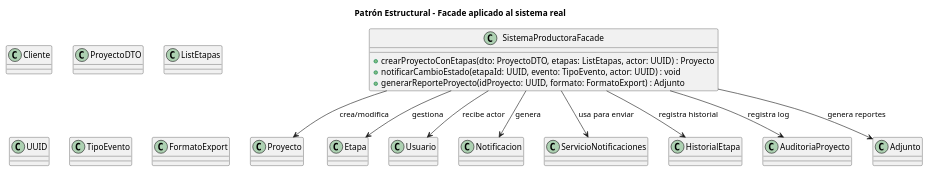
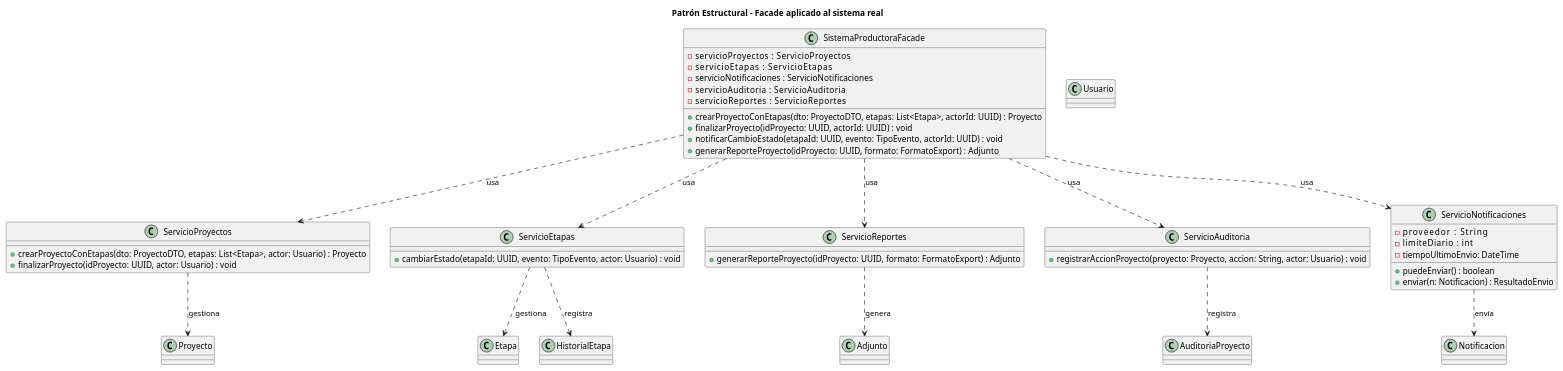
Before and after one commit to dantebiondi666-prog/SistemaProductoraVideos: the diagram in diagramas/01-diagrama-clases/01-patron-estructural-facade.puml, drawn with PlantUML. The commit also changed 1 other file, not shown here.

Commit message:
correcciones 01-patron-estructural-facade y changelog update

```diff
--- a/diagramas/01-diagrama-clases/01-patron-estructural-facade.puml
+++ b/diagramas/01-diagrama-clases/01-patron-estructural-facade.puml
@@ -1,39 +1,74 @@
-@startuml Facade
+@startuml Patron_Estructural_Facade
 title Patrón Estructural - Facade aplicado al sistema real
 
-' ========== NUEVA FACHADA ==========
+' ========== FACHADA ==========
+
 class SistemaProductoraFacade {
-  +crearProyectoConEtapas(dto: ProyectoDTO, etapas: ListEtapas, actor: UUID) : Proyecto
-  +notificarCambioEstado(etapaId: UUID, evento: TipoEvento, actor: UUID) : void
-  +generarReporteProyecto(idProyecto: UUID, formato: FormatoExport) : Adjunto
+  - servicioProyectos       : ServicioProyectos
+  - servicioEtapas          : ServicioEtapas
+  - servicioNotificaciones  : ServicioNotificaciones
+  - servicioAuditoria       : ServicioAuditoria
+  - servicioReportes        : ServicioReportes
+
+  + crearProyectoConEtapas(dto: ProyectoDTO, etapas: List<Etapa>, actorId: UUID) : Proyecto
+  + finalizarProyecto(idProyecto: UUID, actorId: UUID) : void
+  + notificarCambioEstado(etapaId: UUID, evento: TipoEvento, actorId: UUID) : void
+  + generarReporteProyecto(idProyecto: UUID, formato: FormatoExport) : Adjunto
 }
 
-' ========== CLASES EXISTENTES ==========
+' ========== SERVICIOS QUE LA FACHADA ENCAPSULA ==========
+
+class ServicioProyectos {
+  + crearProyectoConEtapas(dto: ProyectoDTO, etapas: List<Etapa>, actor: Usuario) : Proyecto
+  + finalizarProyecto(idProyecto: UUID, actor: Usuario) : void
+}
+
+class ServicioEtapas {
+  + cambiarEstado(etapaId: UUID, evento: TipoEvento, actor: Usuario) : void
+}
+
+class ServicioReportes {
+  + generarReporteProyecto(idProyecto: UUID, formato: FormatoExport) : Adjunto
+}
+
+class ServicioAuditoria {
+  + registrarAccionProyecto(proyecto: Proyecto, accion: String, actor: Usuario) : void
+}
+
+class ServicioNotificaciones {
+  - proveedor        : String
+  - limiteDiario     : int
+  - tiempoUltimoEnvio: DateTime
+
+  + puedeEnviar() : boolean
+  + enviar(n: Notificacion) : ResultadoEnvio
+}
+
+' ========== CLASES DE DOMINIO REUSADAS ==========
+
 class Proyecto
 class Etapa
 class Usuario
-class Cliente
 class Notificacion
-class ServicioNotificaciones
 class HistorialEtapa
 class AuditoriaProyecto
 class Adjunto
 
-' ========== TIPOS/AUXILIARES NECESARIOS ==========
-class ProyectoDTO
-class ListEtapas
-class UUID
-class TipoEvento
-class FormatoExport
+' ========== DEPENDENCIAS DE LA FACHADA ==========
 
-' ========== RELACIONES ==========
-SistemaProductoraFacade --> Proyecto : crea/modifica
-SistemaProductoraFacade --> Etapa : gestiona
-SistemaProductoraFacade --> Usuario : recibe actor
-SistemaProductoraFacade --> Notificacion : genera
-SistemaProductoraFacade --> ServicioNotificaciones : usa para enviar
-SistemaProductoraFacade --> AuditoriaProyecto : registra log
-SistemaProductoraFacade --> HistorialEtapa : registra historial
-SistemaProductoraFacade --> Adjunto : genera reportes
+SistemaProductoraFacade ..> ServicioProyectos       : usa
+SistemaProductoraFacade ..> ServicioEtapas          : usa
+SistemaProductoraFacade ..> ServicioNotificaciones  : usa
+SistemaProductoraFacade ..> ServicioAuditoria       : usa
+SistemaProductoraFacade ..> ServicioReportes        : usa
+
+' ========== RELACIONES SERVICIOS ↔ DOMINIO (MÓDULOS ENCAPSULADOS) ==========
+
+ServicioProyectos      ..> Proyecto          : gestiona
+ServicioEtapas         ..> Etapa             : gestiona
+ServicioEtapas         ..> HistorialEtapa    : registra
+ServicioAuditoria      ..> AuditoriaProyecto : registra
+ServicioReportes       ..> Adjunto           : genera
+ServicioNotificaciones ..> Notificacion      : envía
 
 @enduml
```
